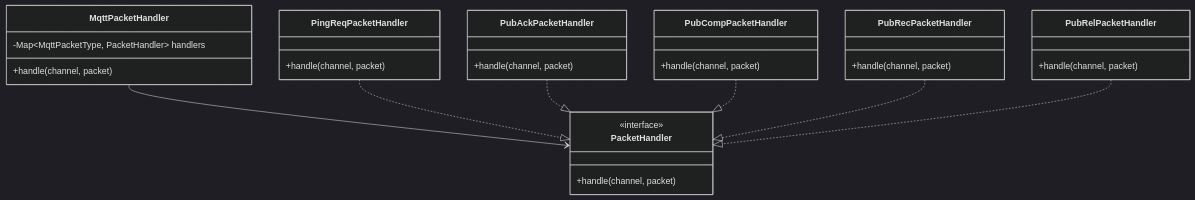
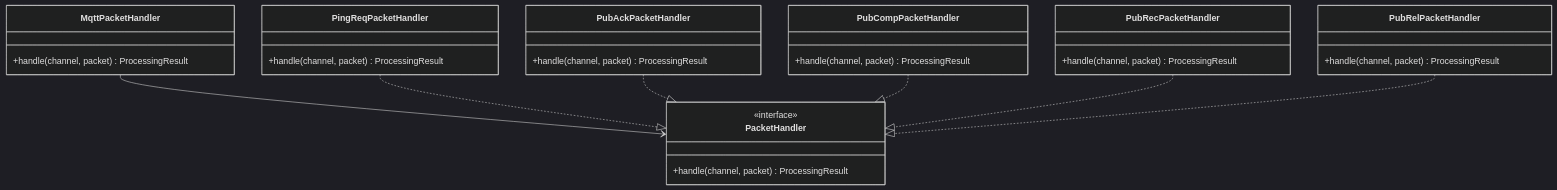
One commit to karolbystrek/mqtt-broker changed the fifth of 8 diagrams in README.md. Above: the diagram before and after it, drawn with Mermaid (dark theme). The commit also changed other lines of this file, not shown here.

Commit message:
Remove wrong diagrams from README

````diff
--- a/README.md
+++ b/README.md
@@ -220,35 +227,34 @@
 ```mermaid
 classDiagram
     class MqttPacketHandler {
-        -Map~MqttPacketType, PacketHandler~ handlers
-        +handle(channel, packet)
+        +handle(channel, packet) ProcessingResult
     }
     class PacketHandler {
         <<interface>>
-        +handle(channel, packet)
+        +handle(channel, packet) ProcessingResult
     }
     class PingReqPacketHandler {
-        +handle(channel, packet)
+        +handle(channel, packet) ProcessingResult
     }
     class PubAckPacketHandler {
-        +handle(channel, packet)
+        +handle(channel, packet) ProcessingResult
     }
     class PubCompPacketHandler {
-        +handle(channel, packet)
+        +handle(channel, packet) ProcessingResult
     }
     class PubRecPacketHandler {
-        +handle(channel, packet)
+        +handle(channel, packet) ProcessingResult
     }
     class PubRelPacketHandler {
-        +handle(channel, packet)
+        +handle(channel, packet) ProcessingResult
     }
     
     MqttPacketHandler --> PacketHandler
 
     PingReqPacketHandler ..|> PacketHandler
     PubAckPacketHandler ..|> PacketHandler
     PubCompPacketHandler ..|> PacketHandler
     PubRecPacketHandler ..|> PacketHandler
     PubRelPacketHandler ..|> PacketHandler
 
 ```
````
